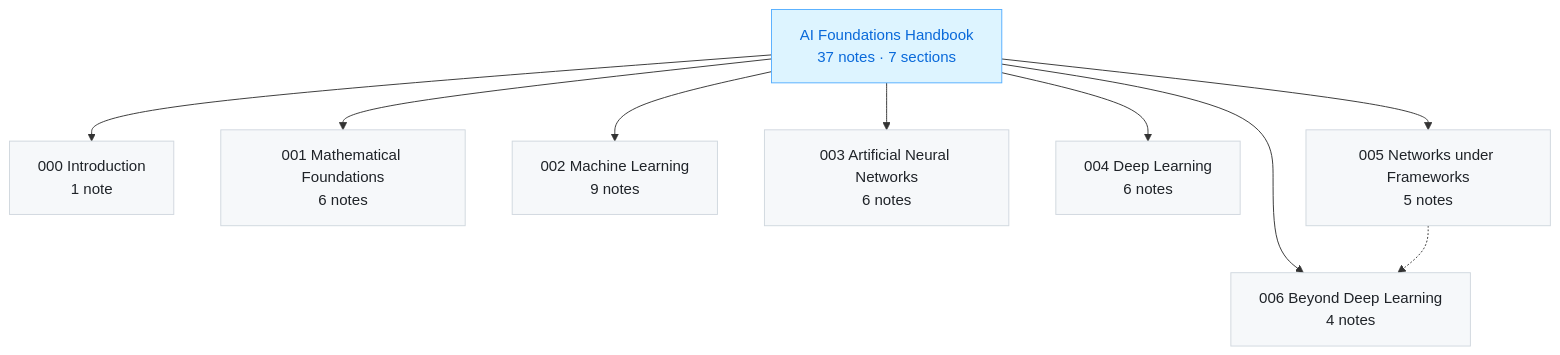
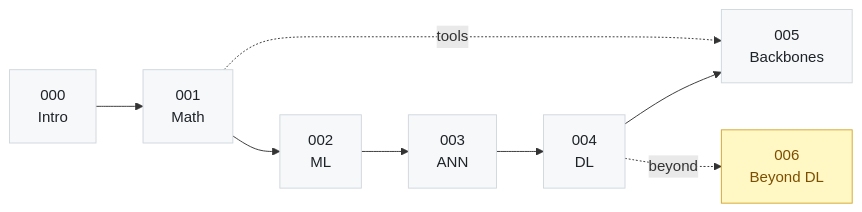
Before and after one commit to Ashleycurry/ai-foundations-handbook: the diagram in README-English.md, drawn with Mermaid. The commit also changed other lines of this file and 1 other file, not shown here.

````diff
--- a/README-English.md
+++ b/README-English.md
@@ -36,16 +40,10 @@
 ```mermaid
-flowchart TB
-    ROOT["AI Foundations Handbook<br/>37 notes · 7 sections"]
-    ROOT --> A["000 Introduction<br/>1 note"]
-    ROOT --> B["001 Mathematical Foundations<br/>6 notes"]
-    ROOT --> C["002 Machine Learning<br/>9 notes"]
-    ROOT --> D["003 Artificial Neural Networks<br/>6 notes"]
-    ROOT --> E["004 Deep Learning<br/>6 notes"]
-    ROOT --> F["005 Networks under Frameworks<br/>5 notes"]
-    ROOT --> G["006 Beyond Deep Learning<br/>4 notes"]
-    F -.-> G
+flowchart LR
+    A["000<br/>Intro"] --> B["001<br/>Math"] --> C["002<br/>ML"] --> D["003<br/>ANN"] --> E["004<br/>DL"] --> F["005<br/>Backbones"]
+    E -. beyond .-> G["006<br/>Beyond DL"]
+    B -. tools .-> F
     classDef base fill:#f6f8fa,stroke:#d0d7de,stroke-width:1px,color:#1f2328
-    classDef core fill:#ddf4ff,stroke:#54aeff,color:#0969da
-    class A,B,C,D,E,F,G base
-    class ROOT core
+    classDef out fill:#fff8c5,stroke:#d4a72c,stroke-width:1px,color:#7d4e00
+    class A,B,C,D,E,F base
+    class G out
 ```
````
